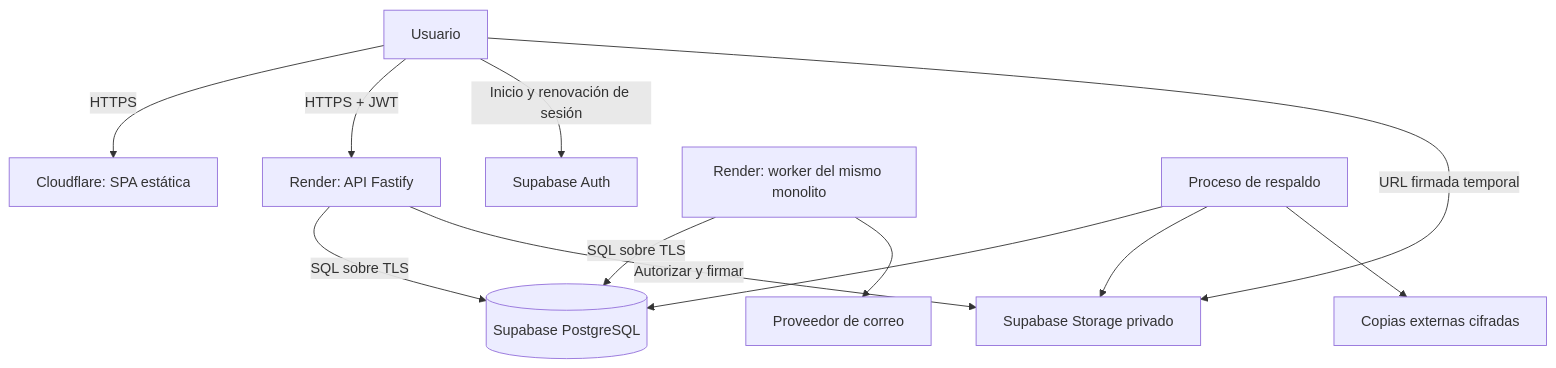
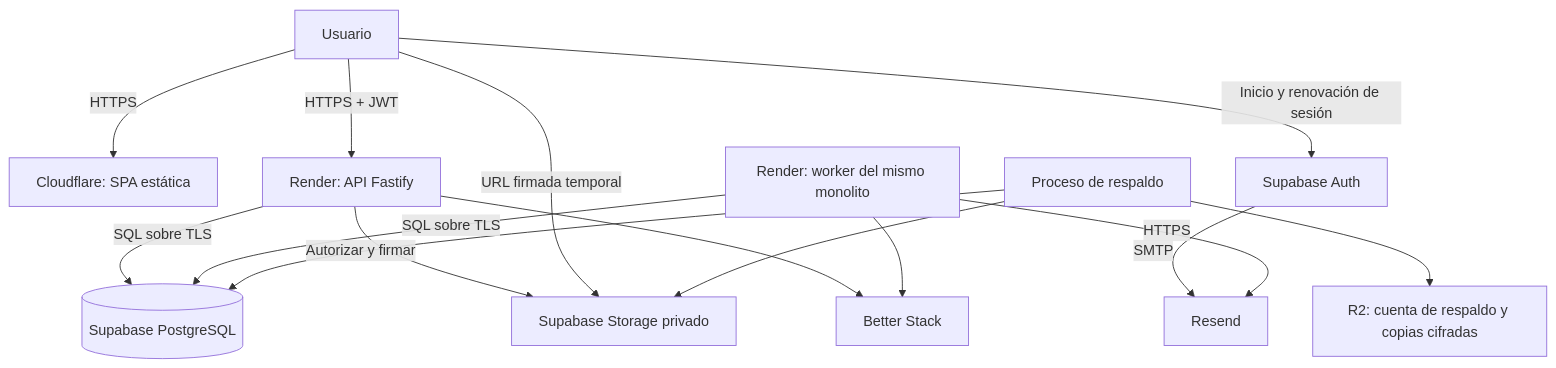
One commit to JIO1011/platlab changed the diagram in docs/plan/04_infraestructura.md. Above: the diagram before and after it, drawn with Mermaid. The commit also changed other lines of this file and 11 other files, not shown here.

````diff
--- a/docs/plan/04_infraestructura.md
+++ b/docs/plan/04_infraestructura.md
@@ -13,14 +15,17 @@
 ```mermaid
 flowchart TD
   U[Usuario] -->|HTTPS| CF[Cloudflare: SPA estática]
   U -->|HTTPS + JWT| API[Render: API Fastify]
   U -->|Inicio y renovación de sesión| AUTH[Supabase Auth]
   API -->|SQL sobre TLS| DB[(Supabase PostgreSQL)]
   JOB[Render: worker del mismo monolito] -->|SQL sobre TLS| DB
-  JOB --> MAIL[Proveedor de correo]
+  AUTH -->|SMTP| MAIL[Resend]
+  JOB -->|HTTPS| MAIL
   API -->|Autorizar y firmar| ST[Supabase Storage privado]
   U -->|URL firmada temporal| ST
   BAK[Proceso de respaldo] --> DB
   BAK --> ST
-  BAK --> OFF[Copias externas cifradas]
+  BAK --> OFF[R2: cuenta de respaldo y copias cifradas]
+  API --> OBS[Better Stack]
+  JOB --> OBS
 ```
````
